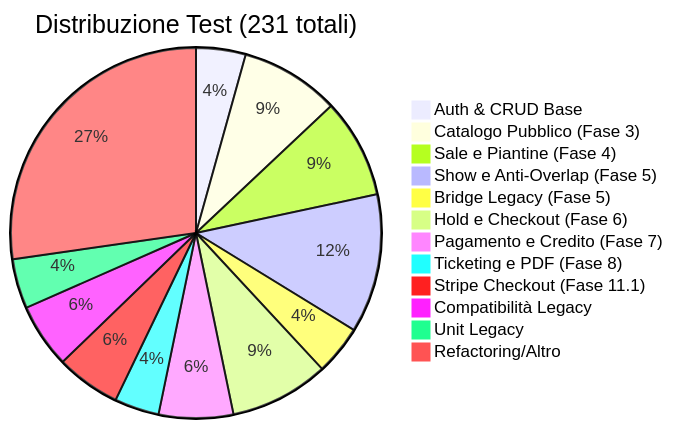
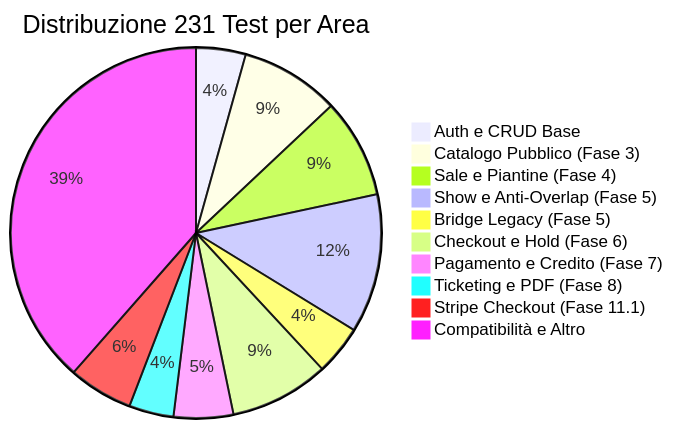
One commit to RizzoThomas/esercizioopencodefilm changed the first of 2 diagrams in film-app-dev_iteration_4/presentazione/10-test.md. Above: the diagram before and after it, drawn with Mermaid. The commit also changed other lines of this file and 10 other files, not shown here.

Commit message:
docs: enhance presentazione with tables, pie charts, and detailed workflows

````diff
--- a/film-app-dev_iteration_4/presentazione/10-test.md
+++ b/film-app-dev_iteration_4/presentazione/10-test.md
@@ -34,15 +29,13 @@
 ```mermaid
-pie title Distribuzione Test (231 totali)
-    "Auth & CRUD Base" : 10
+pie title Distribuzione 231 Test per Area
+    "Auth e CRUD Base" : 10
     "Catalogo Pubblico (Fase 3)" : 20
     "Sale e Piantine (Fase 4)" : 20
     "Show e Anti-Overlap (Fase 5)" : 28
     "Bridge Legacy (Fase 5)" : 10
-    "Hold e Checkout (Fase 6)" : 20
-    "Pagamento e Credito (Fase 7)" : 15
+    "Checkout e Hold (Fase 6)" : 20
+    "Pagamento e Credito (Fase 7)" : 12
     "Ticketing e PDF (Fase 8)" : 9
     "Stripe Checkout (Fase 11.1)" : 13
-    "Compatibilità Legacy" : 13
-    "Unit Legacy" : 10
-    "Refactoring/Altro" : 63
+    "Compatibilità e Altro" : 89
 ```
````
